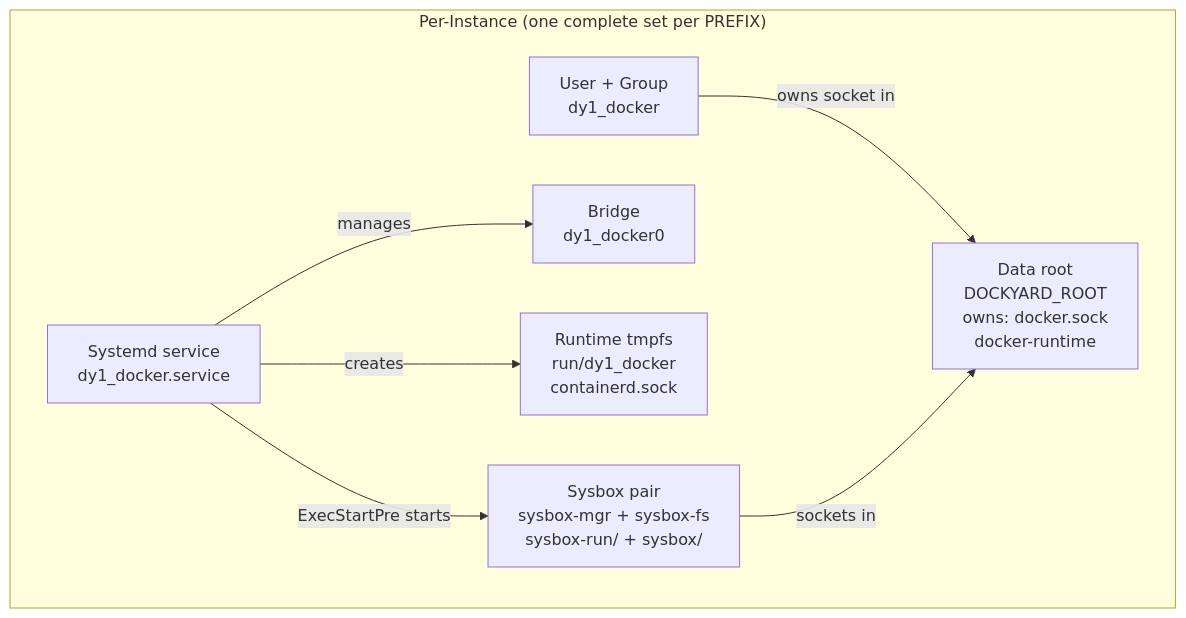
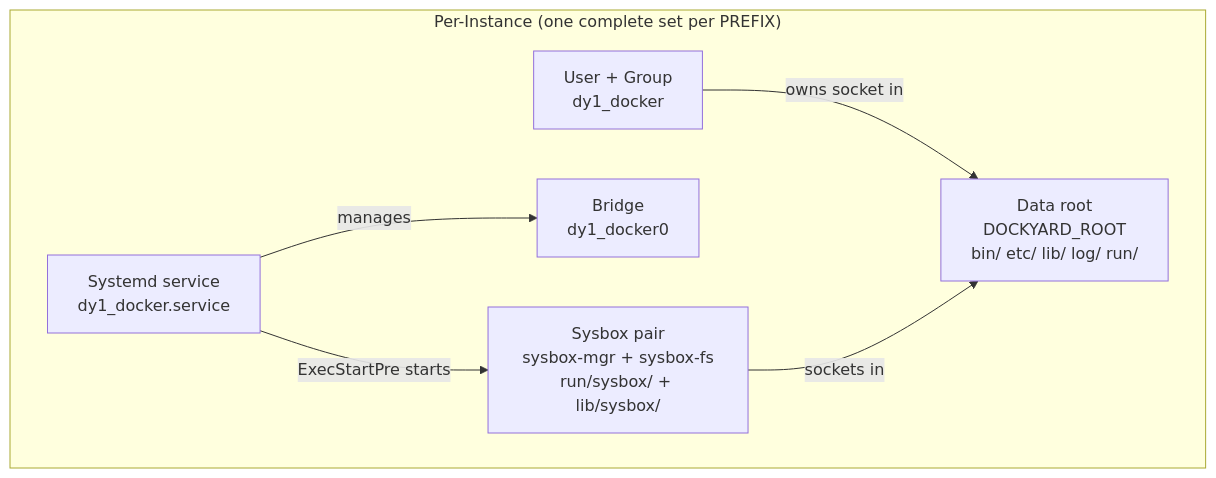
Before and after one commit to shaghafbrand/dockyard: the fifth of 6 diagrams in ARCHITECTURE.md, drawn with Mermaid. The commit also changed other lines of this file and 4 other files, not shown here.

First line of the commit message:
docs: update all docs and mermaid for FHS layout

````diff
--- a/ARCHITECTURE.md
+++ b/ARCHITECTURE.md
@@ -397,27 +378,22 @@
 ```mermaid
 graph TB
     subgraph "Per-Instance  (one complete set per PREFIX)"
         SVC["Systemd service
 dy1_docker.service"]
         BR["Bridge
 dy1_docker0"]
         UG["User + Group
 dy1_docker"]
         DR["Data root
 DOCKYARD_ROOT
-owns: docker.sock
-docker-runtime"]
-        RT["Runtime tmpfs
-run/dy1_docker
-containerd.sock"]
+bin/ etc/ lib/ log/ run/"]
         SBX["Sysbox pair
 sysbox-mgr + sysbox-fs
-sysbox-run/ + sysbox/"]
+run/sysbox/ + lib/sysbox/"]
     end
 
     SVC -->|"ExecStartPre starts"| SBX
     SVC -->|"manages"| BR
-    SVC -->|"creates"| RT
     UG -->|"owns socket in"| DR
     SBX -->|"sockets in"| DR
 ```
````
